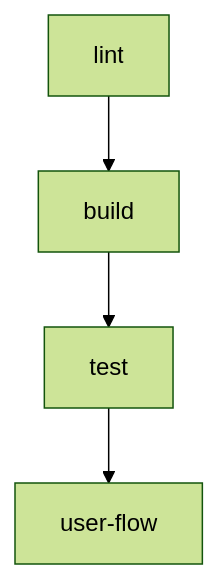
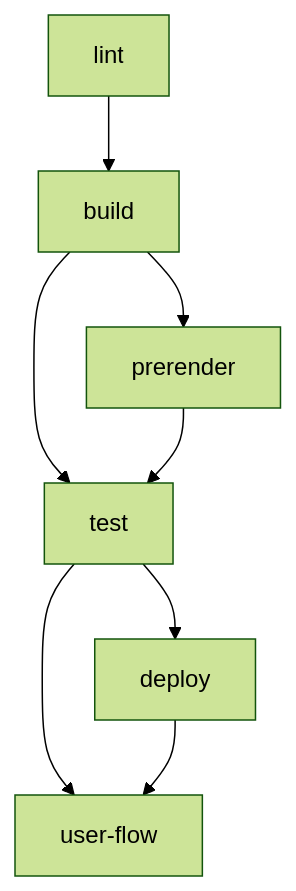
Before and after one commit to tastejs/angular-movies: the first of 2 diagrams in CONTRIBUTING.md, drawn with Mermaid (forest theme).

````diff
--- a/CONTRIBUTING.md
+++ b/CONTRIBUTING.md
@@ -5,6 +5,10 @@
 ```mermaid
 graph TD;
     lint-->build;
     build-->test;
+    build-->prerender;
+    prerender-->test;
+    test-->deploy;
     test-->user-flow;
+    deploy-->user-flow;
 ```
````
